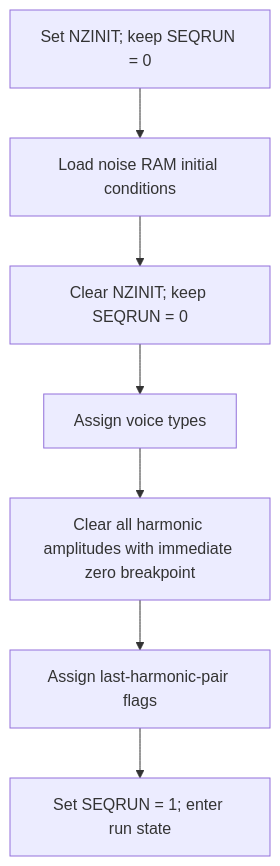
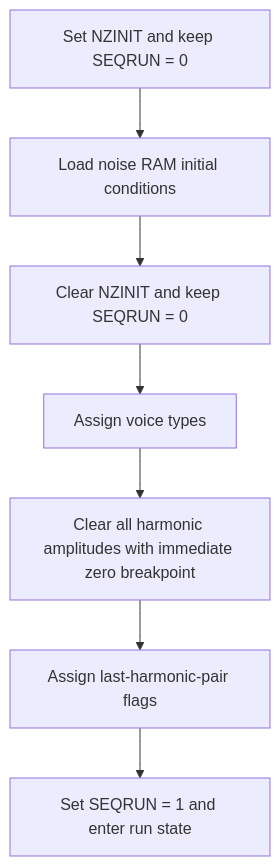
One commit to scrameta/atari_xl_fpga changed diagram 15 of 19 in atari_800xl/atari_chips/pokeyv2/AMY/docs/original_as_markdown/ATARI_AMY1_SPEC_REV_B.md. Above: the diagram before and after it, drawn with Mermaid. The commit also changed other lines of this file and 60 other files, not shown here.

````diff
--- a/atari_800xl/atari_chips/pokeyv2/AMY/docs/original_as_markdown/ATARI_AMY1_SPEC_REV_B.md
+++ b/atari_800xl/atari_chips/pokeyv2/AMY/docs/original_as_markdown/ATARI_AMY1_SPEC_REV_B.md
@@ -1196,9 +1199,9 @@
 ```mermaid
 flowchart TD
-  NINIT[Set NZINIT; keep SEQRUN = 0] --> LOAD[Load noise RAM initial conditions]
-  LOAD --> CLEAR[Clear NZINIT; keep SEQRUN = 0]
+  NINIT[Set NZINIT and keep SEQRUN = 0] --> LOAD[Load noise RAM initial conditions]
+  LOAD --> CLEAR[Clear NZINIT and keep SEQRUN = 0]
   CLEAR --> VT[Assign voice types]
   VT --> ZERO[Clear all harmonic amplitudes with immediate zero breakpoint]
   ZERO --> ASSIGN[Assign last-harmonic-pair flags]
-  ASSIGN --> RUN[Set SEQRUN = 1; enter run state]
+  ASSIGN --> RUN[Set SEQRUN = 1 and enter run state]
 ```
````
